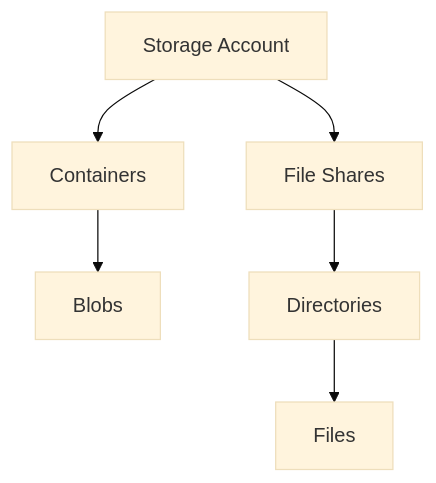
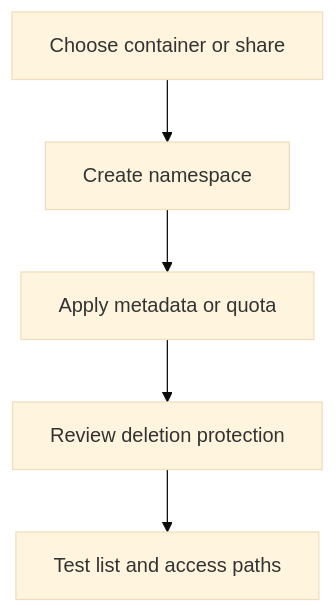
The diagram in docs/operations/manage-containers-and-shares.md (yeongseon/azure-storage-practical-guide), drawn with Mermaid (base theme) before and after one commit. The commit also changed other lines of this file and 10 other files, not shown here.

````diff
--- a/docs/operations/manage-containers-and-shares.md
+++ b/docs/operations/manage-containers-and-shares.md
@@ -37,8 +47,7 @@
 ```mermaid
-graph TD
-    A[Storage Account] --> B[Containers]
-    A --> C[File Shares]
-    B --> D[Blobs]
-    C --> E[Directories]
-    E --> F[Files]
+flowchart TD
+    A[Choose container or share] --> B[Create namespace]
+    B --> C[Apply metadata or quota]
+    C --> D[Review deletion protection]
+    D --> E[Test list and access paths]
 ```
````
